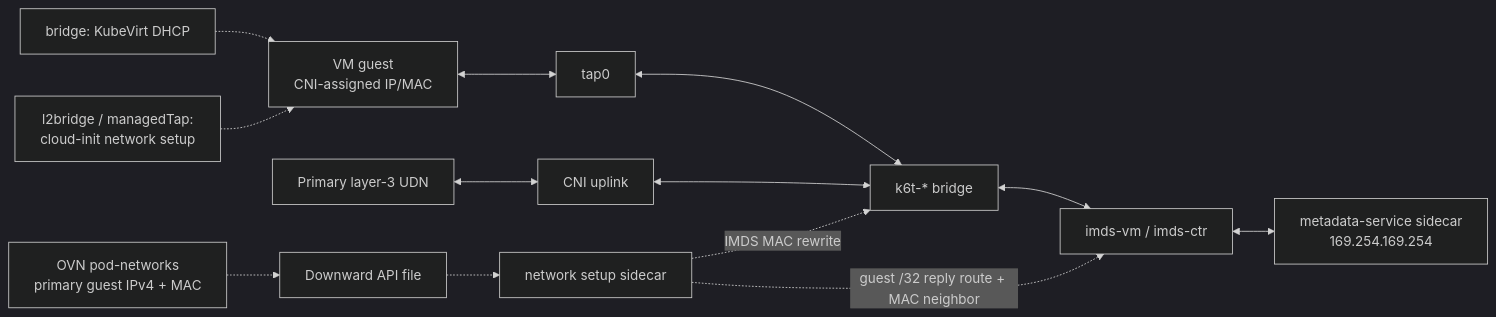
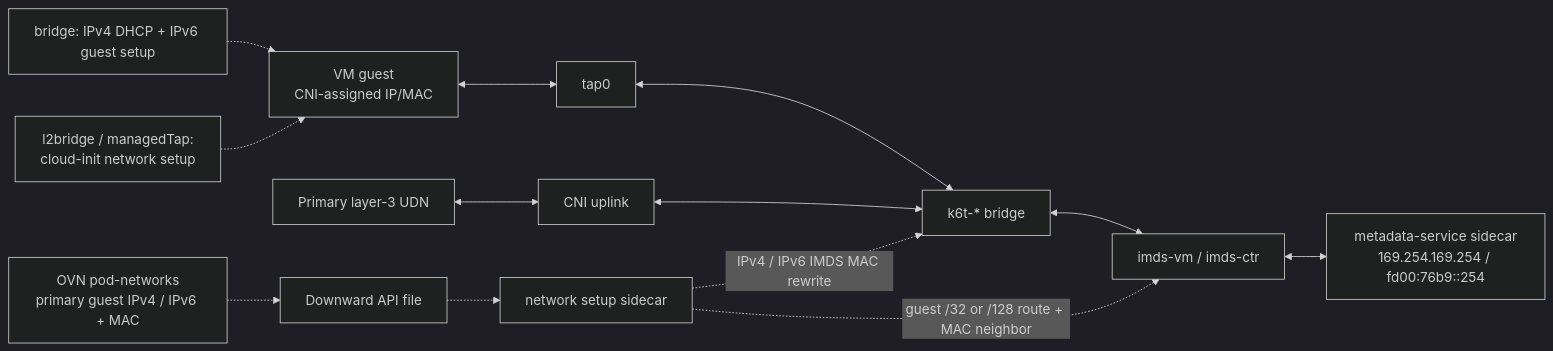
The diagram in cmd/dsx-imds-network-setup/README.md (dsx-ai-factory/nvidia-workload-identity), drawn with Mermaid (dark theme) before and after one commit. The commit also changed other lines of this file and 25 other files, not shown here.

````diff
--- a/cmd/dsx-imds-network-setup/README.md
+++ b/cmd/dsx-imds-network-setup/README.md
@@ -39,16 +40,16 @@
 ```mermaid
 flowchart LR
     Guest["VM guest<br/>CNI-assigned IP/MAC"] <--> Tap["tap0"]
     Tap <--> Bridge["k6t-* bridge"]
     Bridge <--> Veth["imds-vm / imds-ctr"]
-    Veth <--> Metadata["metadata-service sidecar<br/>169.254.169.254"]
+    Veth <--> Metadata["metadata-service sidecar<br/>169.254.169.254 / fd00:76b9::254"]
     UDN["Primary layer-3 UDN"] <--> Uplink["CNI uplink"]
     Uplink <--> Bridge
 
-    DHCP["bridge: KubeVirt DHCP"] -.-> Guest
+    DHCP["bridge: IPv4 DHCP + IPv6 guest setup"] -.-> Guest
     CloudInit["l2bridge / managedTap:<br/>cloud-init network setup"] -.-> Guest
-    Status["OVN pod-networks<br/>primary guest IPv4 + MAC"] -.-> File["Downward API file"]
+    Status["OVN pod-networks<br/>primary guest IPv4 / IPv6 + MAC"] -.-> File["Downward API file"]
     File -.-> Setup["network setup sidecar"]
-    Setup -.->|"guest /32 reply route + MAC neighbor"| Veth
-    Setup -.->|"IMDS MAC rewrite"| Bridge
+    Setup -.->|"guest /32 or /128 route + MAC neighbor"| Veth
+    Setup -.->|"IPv4 / IPv6 IMDS MAC rewrite"| Bridge
 ```
````
